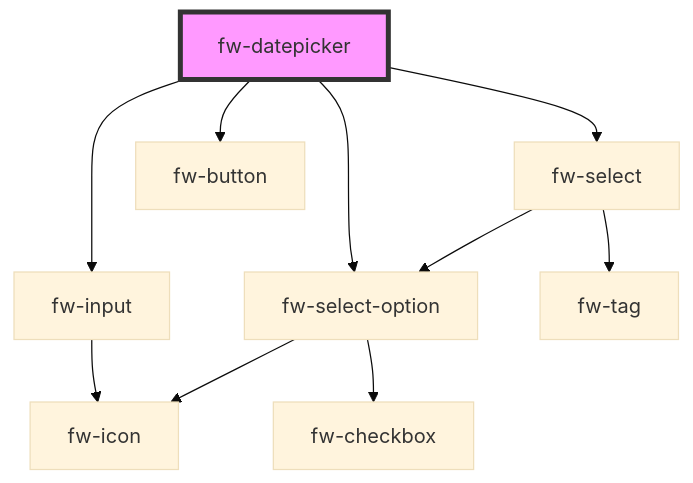
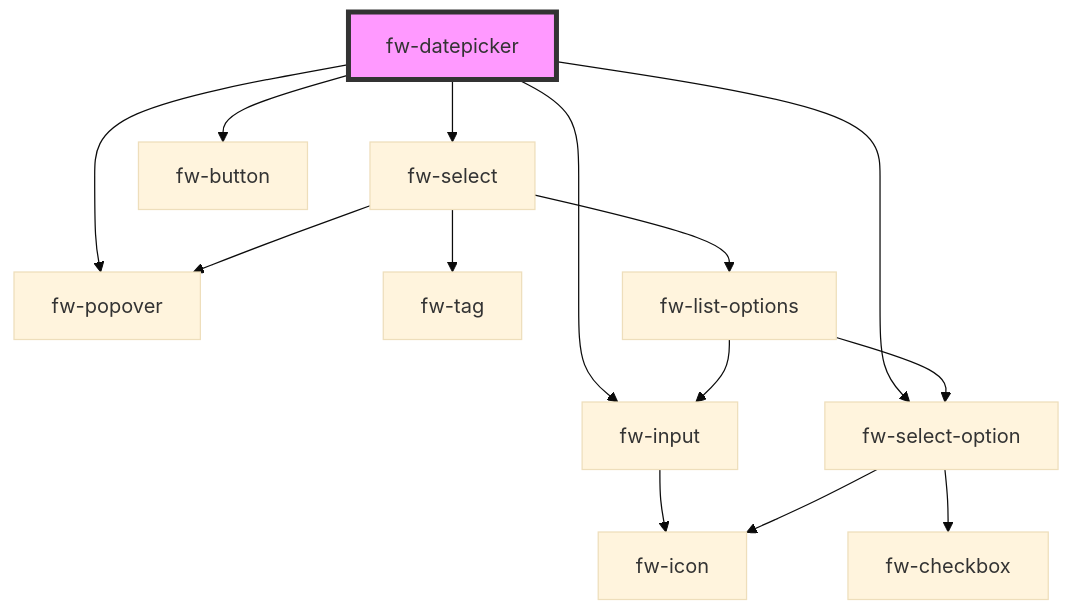
Before and after one commit to freshworks/crayons: the diagram in packages/crayons-core/src/components/datepicker/readme.md, drawn with Mermaid (base theme). The commit also changed other lines of this file and 7 other files, not shown here.

````diff
--- a/packages/crayons-core/src/components/datepicker/readme.md
+++ b/packages/crayons-core/src/components/datepicker/readme.md
@@ -50,13 +51,17 @@
 ```mermaid
 graph TD;
+  fw-datepicker --> fw-popover
   fw-datepicker --> fw-input
   fw-datepicker --> fw-select
   fw-datepicker --> fw-select-option
   fw-datepicker --> fw-button
   fw-input --> fw-icon
   fw-select --> fw-tag
-  fw-select --> fw-select-option
+  fw-select --> fw-popover
+  fw-select --> fw-list-options
+  fw-list-options --> fw-select-option
+  fw-list-options --> fw-input
   fw-select-option --> fw-icon
   fw-select-option --> fw-checkbox
   style fw-datepicker fill:#f9f,stroke:#333,stroke-width:4px
 ```
````
